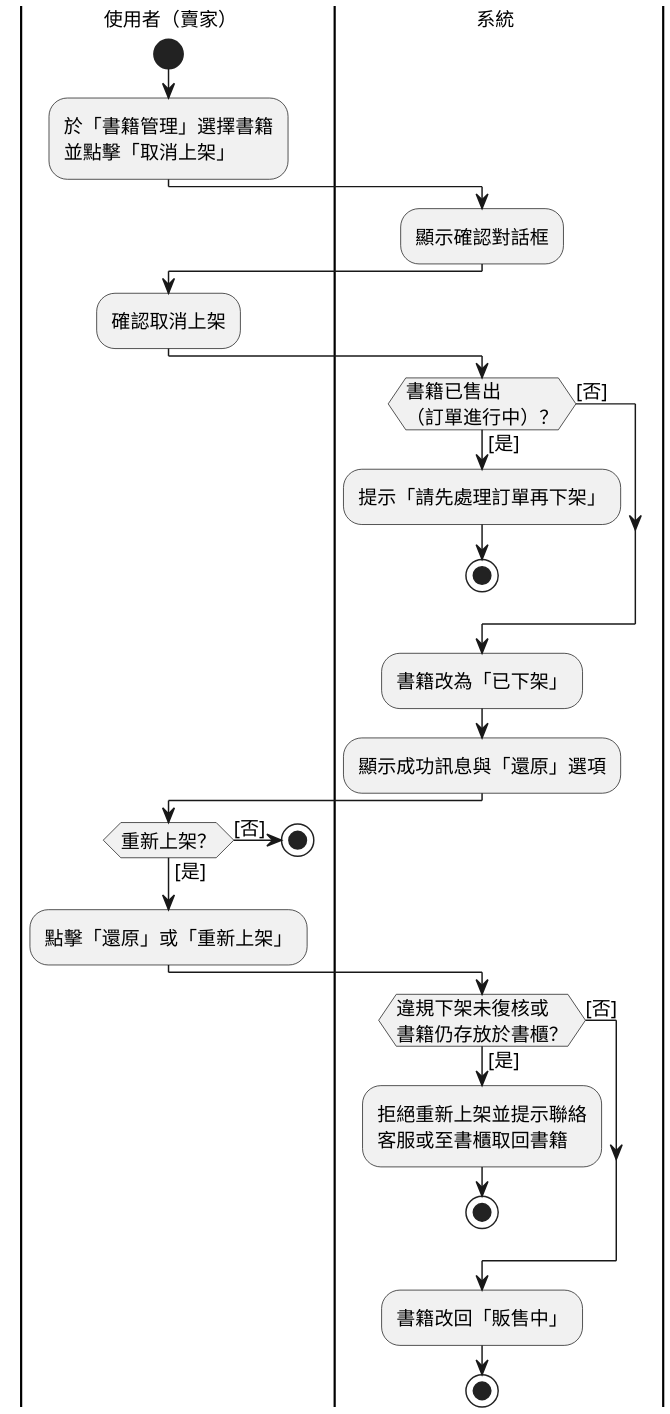
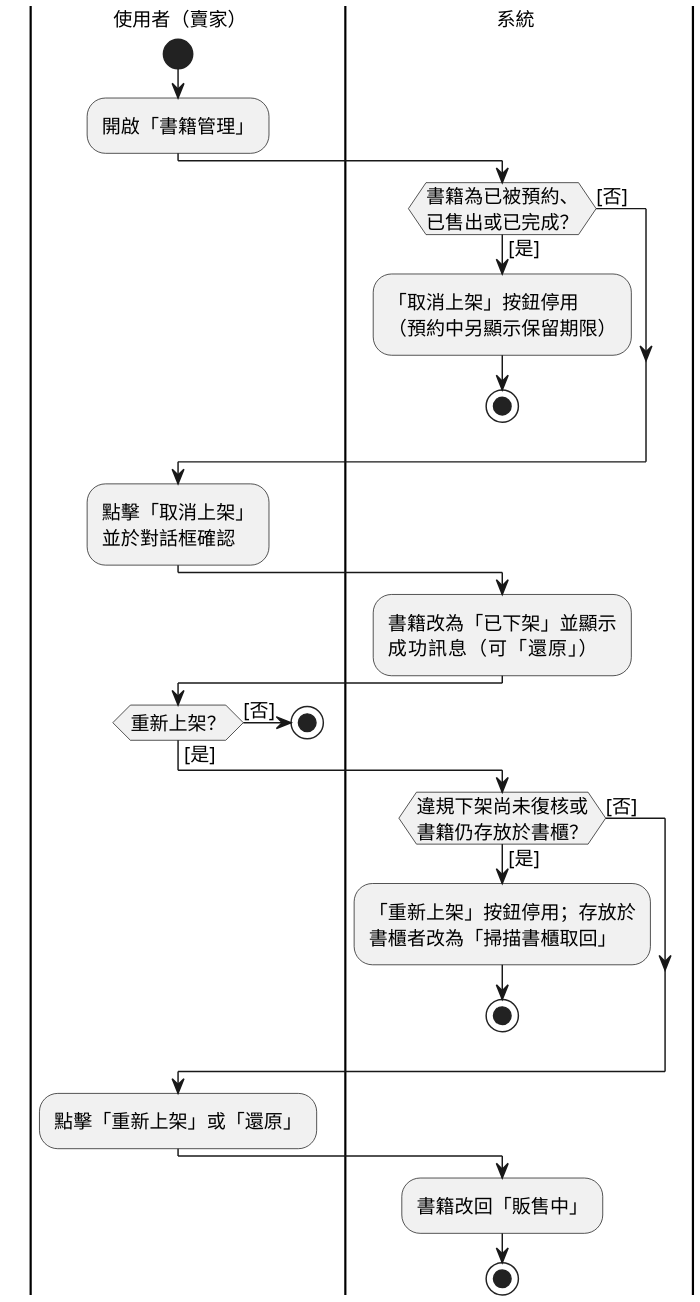
The diagram in documents/系統手冊/產生工具/activity/uc03.puml (SaveMyBook/SaveMyBook), drawn with PlantUML before and after one commit. The commit also changed 79 other files, not shown here.

```diff
--- a/documents/系統手冊/產生工具/activity/uc03.puml
+++ b/documents/系統手冊/產生工具/activity/uc03.puml
@@ -1,37 +1,37 @@
 @startuml
 skinparam monochrome true
 skinparam shadowing false
 skinparam dpi 220
 skinparam defaultFontName "PingFang TC"
 skinparam defaultFontSize 13
 skinparam swimlaneWidth same
 |使用者（賣家）|
 start
-:於「書籍管理」選擇書籍\n並點擊「取消上架」;
+:開啟「書籍管理」;
 |系統|
-:顯示確認對話框;
-|使用者（賣家）|
-:確認取消上架;
-|系統|
-if (書籍已售出\n（訂單進行中）？) then ([是])
-  :提示「請先處理訂單再下架」;
+if (書籍為已被預約、\n已售出或已完成？) then ([是])
+  :「取消上架」按鈕停用\n（預約中另顯示保留期限）;
   stop
 else ([否])
 endif
-:書籍改為「已下架」;
-:顯示成功訊息與「還原」選項;
+|使用者（賣家）|
+:點擊「取消上架」\n並於對話框確認;
+|系統|
+:書籍改為「已下架」並顯示\n成功訊息（可「還原」）;
 |使用者（賣家）|
 if (重新上架？) then ([否])
   stop
 else ([是])
 endif
-:點擊「還原」或「重新上架」;
 |系統|
-if (違規下架未復核或\n書籍仍存放於書櫃？) then ([是])
-  :拒絕重新上架並提示聯絡\n客服或至書櫃取回書籍;
+if (違規下架尚未復核或\n書籍仍存放於書櫃？) then ([是])
+  :「重新上架」按鈕停用；存放於\n書櫃者改為「掃描書櫃取回」;
   stop
 else ([否])
 endif
+|使用者（賣家）|
+:點擊「重新上架」或「還原」;
+|系統|
 :書籍改回「販售中」;
 stop
 @enduml
```
